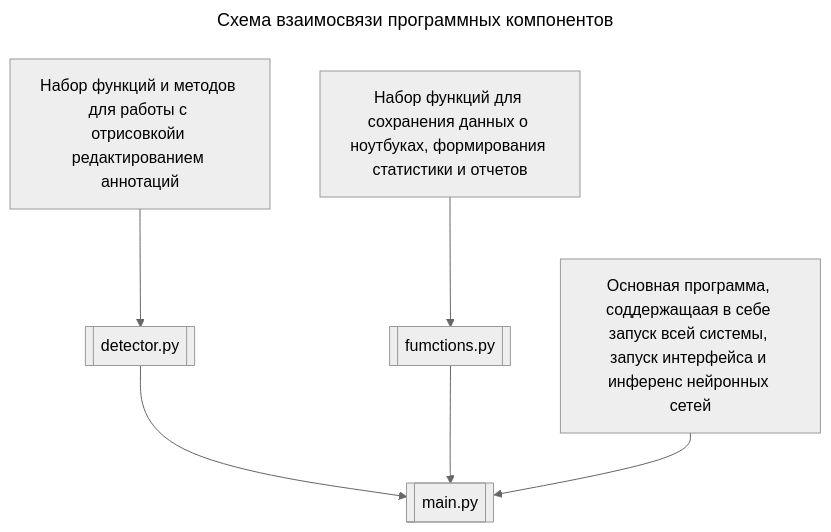
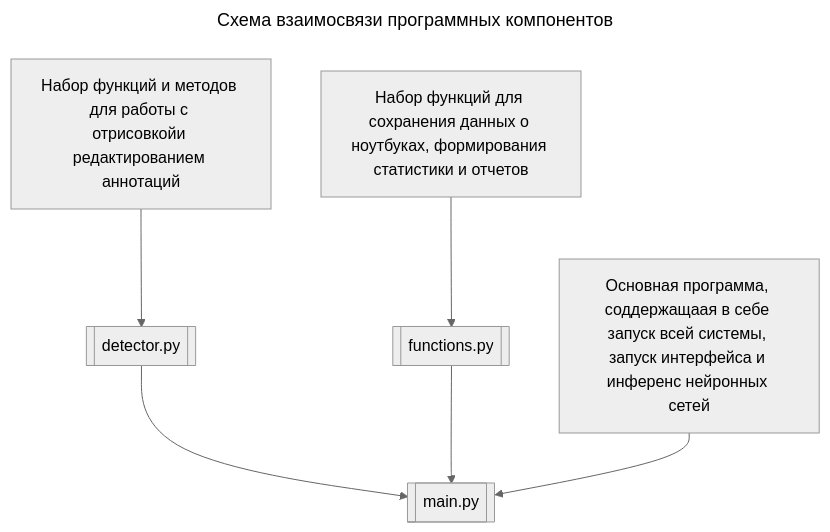
The second of 2 diagrams in README.md (danilwithonei/hack2024), drawn with Mermaid (neutral theme) before and after one commit. The commit also changed other lines of this file, not shown here.

Commit message:
fix fumctions

````diff
--- a/README.md
+++ b/README.md
@@ -41,13 +41,13 @@
 ```mermaid
 ---
 title: Схема взаимосвязи программных компонентов
 ---
 graph TD
 id1[[main.py]]
 id2[[detector.py]] --> id1
-id3[[fumctions.py]] --> id1
+id3[[functions.py]] --> id1
 
 A[Основная программа, соддержащаая в себе запуск всей системы, запуск интерфейса и инференс нейронных сетей] --> id1
 A1[Набор функций и методов для работы с отрисовкойи редактированием аннотаций] --> id2
 A2[Набор функций для сохранения данных о ноутбуках, формирования статистики и отчетов] --> id3
 ```
````
